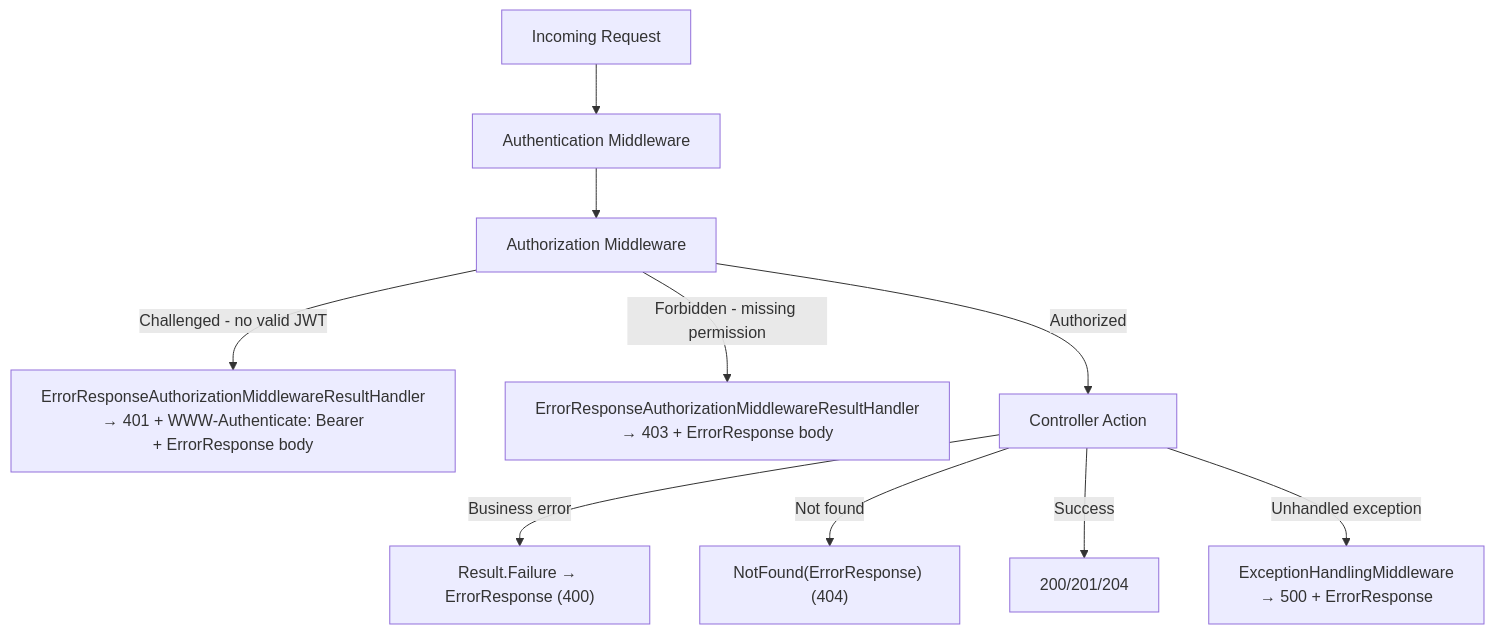
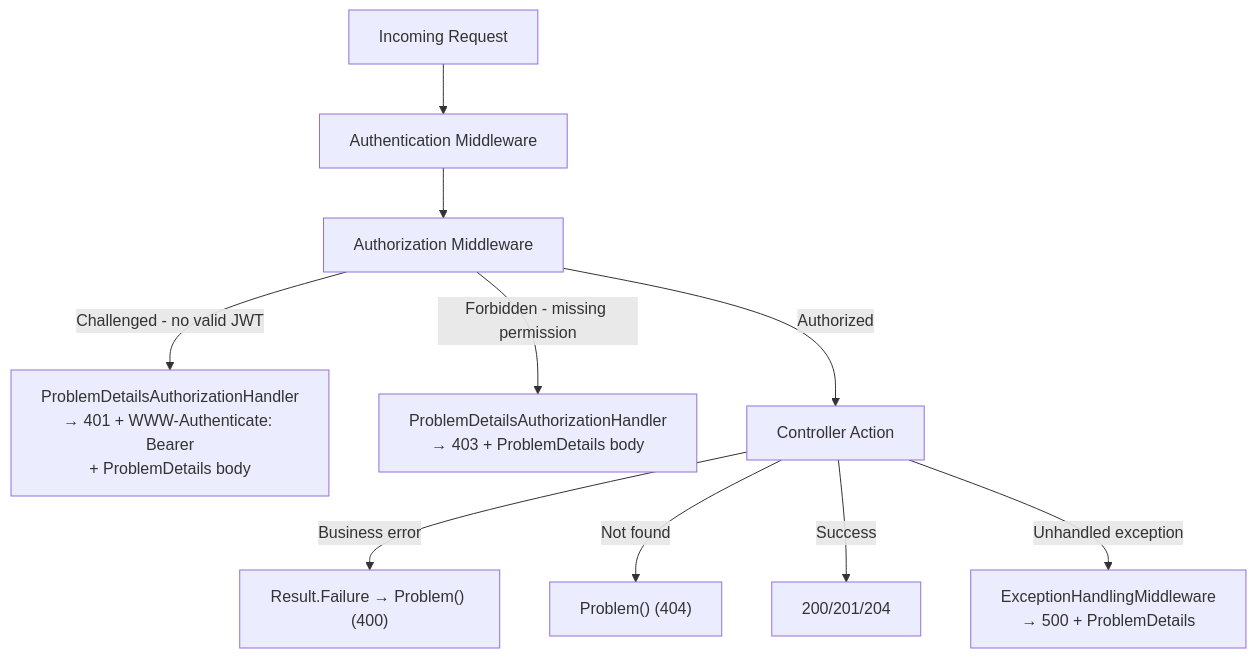
One commit to fpindej/netrock changed the diagram in docs/sessions/2026-02-14-openapi-audit.md. Above: the diagram before and after it, drawn with Mermaid. The commit also changed other lines of this file and 3 other files, not shown here.

````diff
--- a/docs/sessions/2026-02-14-openapi-audit.md
+++ b/docs/sessions/2026-02-14-openapi-audit.md
@@ -71,12 +71,12 @@
 ```mermaid
 flowchart TD
     REQ[Incoming Request] --> AUTH_MW[Authentication Middleware]
     AUTH_MW --> AUTHZ_MW[Authorization Middleware]
-    AUTHZ_MW -->|Challenged - no valid JWT| HANDLER_401["ErrorResponseAuthorizationMiddlewareResultHandler\n→ 401 + WWW-Authenticate: Bearer\n+ ErrorResponse body"]
-    AUTHZ_MW -->|Forbidden - missing permission| HANDLER_403["ErrorResponseAuthorizationMiddlewareResultHandler\n→ 403 + ErrorResponse body"]
+    AUTHZ_MW -->|Challenged - no valid JWT| HANDLER_401["ProblemDetailsAuthorizationHandler\n→ 401 + WWW-Authenticate: Bearer\n+ ProblemDetails body"]
+    AUTHZ_MW -->|Forbidden - missing permission| HANDLER_403["ProblemDetailsAuthorizationHandler\n→ 403 + ProblemDetails body"]
     AUTHZ_MW -->|Authorized| CONTROLLER[Controller Action]
-    CONTROLLER -->|Business error| RESULT["Result.Failure → ErrorResponse (400)"]
-    CONTROLLER -->|Not found| NOTFOUND["NotFound(ErrorResponse) (404)"]
+    CONTROLLER -->|Business error| RESULT["Result.Failure → Problem() (400)"]
+    CONTROLLER -->|Not found| NOTFOUND["Problem() (404)"]
     CONTROLLER -->|Success| SUCCESS["200/201/204"]
-    CONTROLLER -->|Unhandled exception| EX_MW["ExceptionHandlingMiddleware\n→ 500 + ErrorResponse"]
+    CONTROLLER -->|Unhandled exception| EX_MW["ExceptionHandlingMiddleware\n→ 500 + ProblemDetails"]
 ```
````
